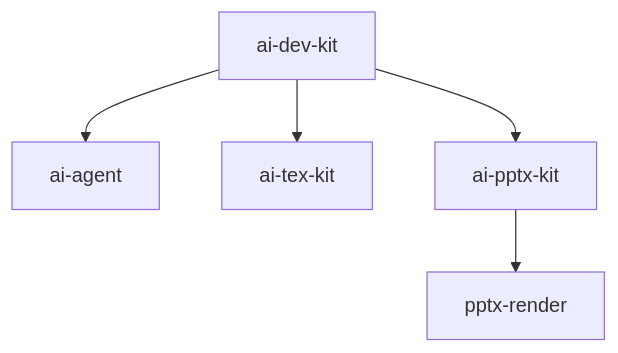
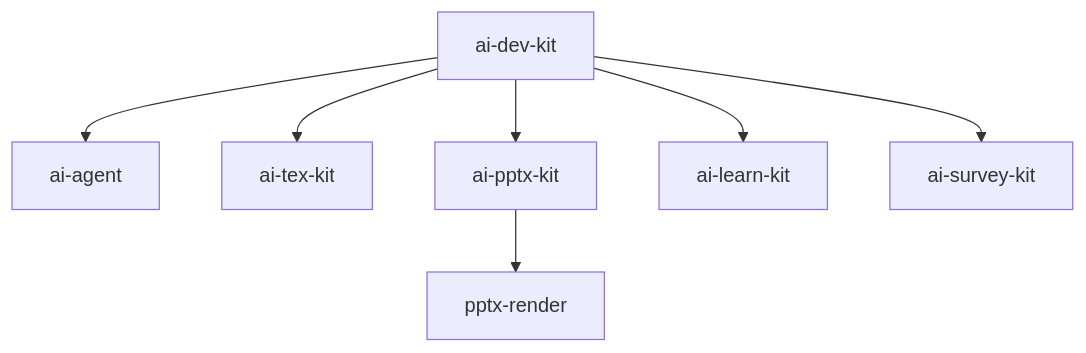
Before and after one commit to yryo1005/ai-dev-kit: the second of 2 diagrams in README.md, drawn with Mermaid. The commit also changed other lines of this file and 4 other files, not shown here.

````diff
--- a/README.md
+++ b/README.md
@@ -88,8 +98,10 @@
 ```mermaid
 graph TD
     A[ai-dev-kit]
     A --> B[ai-agent]
     A --> C[ai-tex-kit]
     A --> D[ai-pptx-kit]
     D --> E[pptx-render]
+    A --> F[ai-learn-kit]
+    A --> G[ai-survey-kit]
 ```
````
